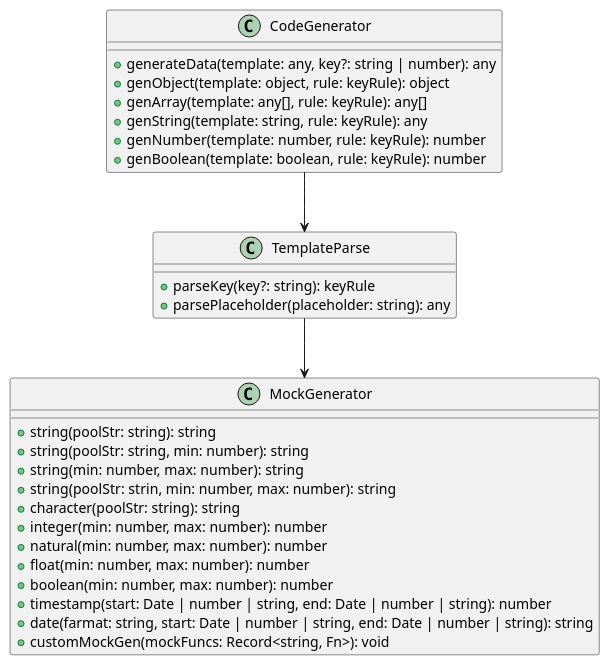
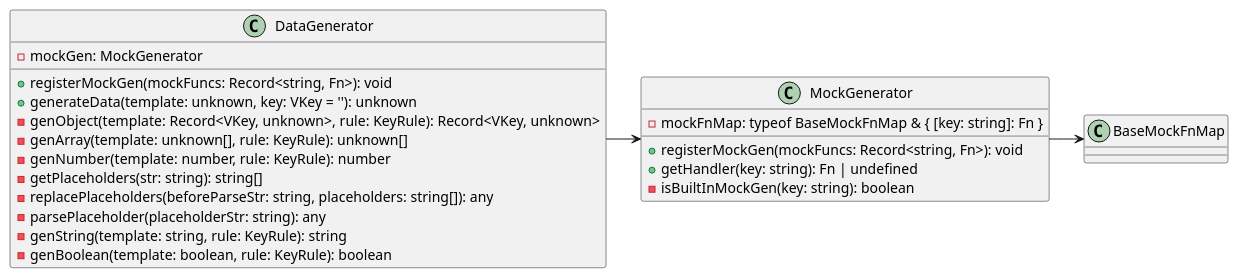
One commit to threedayAAAAA/fy changed the diagram in design/uml.md. Above: the diagram before and after it, drawn with PlantUML. The commit also changed 35 other files, not shown here.

```diff
--- a/design/uml.md
+++ b/design/uml.md
@@ -1,33 +1,25 @@
 @startuml
-class MockGenerator {
-  + string(poolStr: string): string
-  + string(poolStr: string, min: number): string
-  + string(min: number, max: number): string
-  + string(poolStr: strin, min: number, max: number): string
-  + character(poolStr: string): string
-  + integer(min: number, max: number): number
-  + natural(min: number, max: number): number
-  + float(min: number, max: number): number
-  + boolean(min: number, max: number): number
-  + timestamp(start: Date | number | string, end: Date | number | string): number
-  + date(farmat: string, start: Date | number | string, end: Date | number | string): string
-  + customMockGen(mockFuncs: Record<string, Fn>): void
+class DataGenerator {
+  - mockGen: MockGenerator
+  + registerMockGen(mockFuncs: Record<string, Fn>): void
+  + generateData(template: unknown, key: VKey = ''): unknown
+  - genObject(template: Record<VKey, unknown>, rule: KeyRule): Record<VKey, unknown>
+  - genArray(template: unknown[], rule: KeyRule): unknown[]
+  - genNumber(template: number, rule: KeyRule): number
+  - getPlaceholders(str: string): string[]
+  - replacePlaceholders(beforeParseStr: string, placeholders: string[]): any
+  - parsePlaceholder(placeholderStr: string): any
+  - genString(template: string, rule: KeyRule): string
+  - genBoolean(template: boolean, rule: KeyRule): boolean
 }
 
-class CodeGenerator {
-  + generateData(template: any, key?: string | number): any
-  + genObject(template: object, rule: keyRule): object
-  + genArray(template: any[], rule: keyRule): any[]
-  + genString(template: string, rule: keyRule): any
-  + genNumber(template: number, rule: keyRule): number
-  + genBoolean(template: boolean, rule: keyRule): number
+class MockGenerator {
+  - mockFnMap: typeof BaseMockFnMap & { [key: string]: Fn }
+  + registerMockGen(mockFuncs: Record<string, Fn>): void
+  + getHandler(key: string): Fn | undefined
+  - isBuiltInMockGen(key: string): boolean
 }
 
-class TemplateParse {
-  + parseKey(key?: string): keyRule
-  + parsePlaceholder(placeholder: string): any
-}
-
-CodeGenerator --> TemplateParse
-TemplateParse --> MockGenerator
+DataGenerator -> MockGenerator
+MockGenerator -> BaseMockFnMap
 @enduml
```
